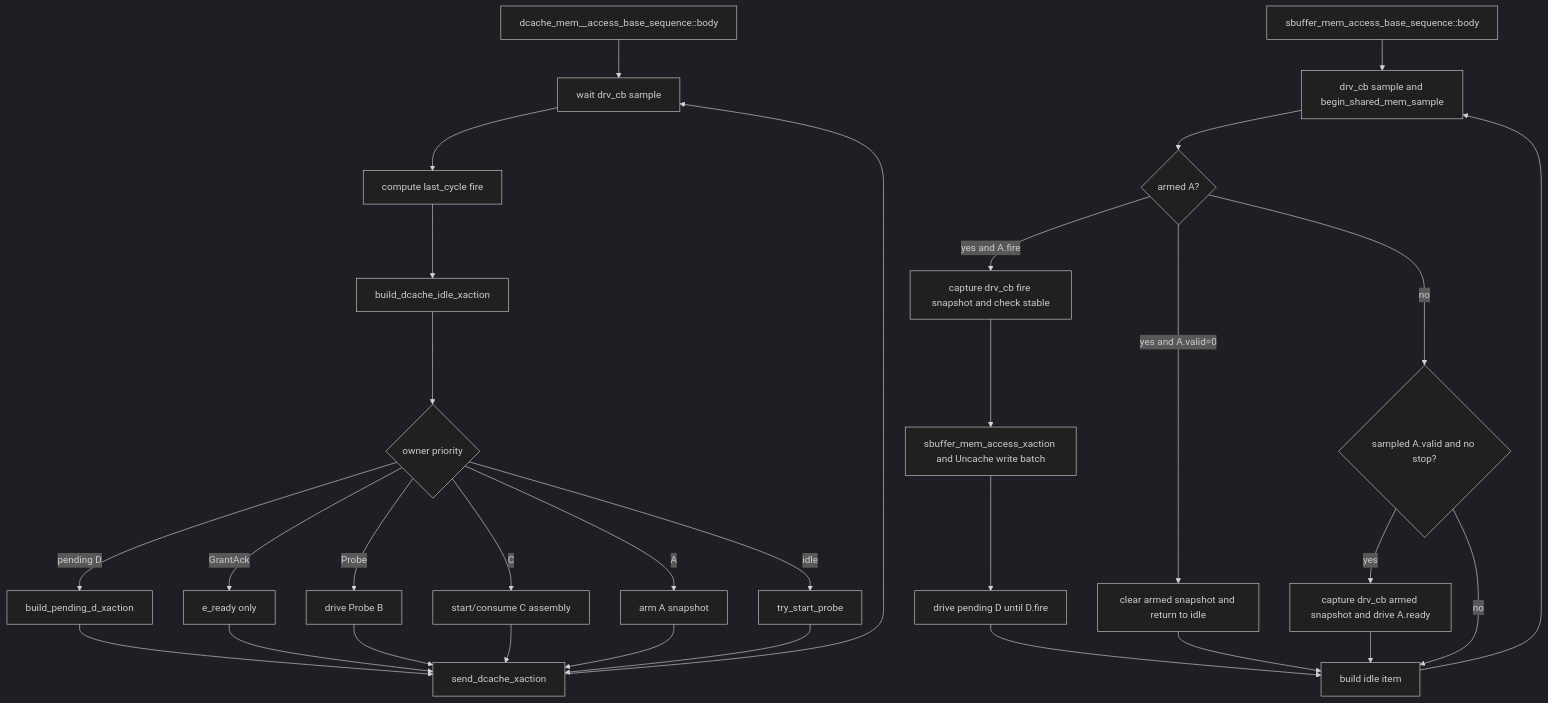
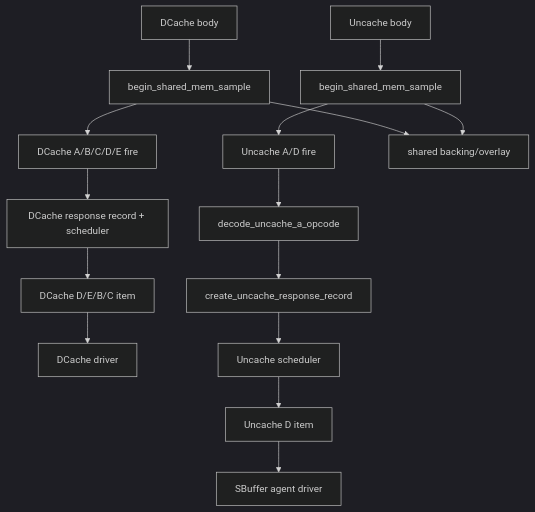
The diagram in AI_DOC/mem_ut_flow_doc/dcache_sbuffer_memory_responder_flow.md (OpenXiangShan/XiangShan), drawn with Mermaid (dark theme) before and after one commit. The commit also changed other lines of this file and 19 other files, not shown here.

Commit message:
mem_ut: implement dcache uncache response delay control

````diff
--- a/AI_DOC/mem_ut_flow_doc/dcache_sbuffer_memory_responder_flow.md
+++ b/AI_DOC/mem_ut_flow_doc/dcache_sbuffer_memory_responder_flow.md
@@ -31,34 +24,19 @@
 ```mermaid
 flowchart TD
-    A[dcache_mem__access_base_sequence::body] --> B[wait drv_cb sample]
-    B --> C[compute last_cycle fire]
-    C --> D[build_dcache_idle_xaction]
-    D --> E{owner priority}
-    E -->|pending D| F[build_pending_d_xaction]
-    E -->|GrantAck| G[e_ready only]
-    E -->|Probe| H[drive Probe B]
-    E -->|C| I[start/consume C assembly]
-    E -->|A| J[arm A snapshot]
-    E -->|idle| K[try_start_probe]
-    F --> L[send_dcache_xaction]
-    G --> L
-    H --> L
-    I --> L
-    J --> L
-    K --> L
-    L --> B
+    A[DCache body] --> B[begin_shared_mem_sample]
+    B --> C[DCache A/B/C/D/E fire]
+    C --> D[DCache response record + scheduler]
+    D --> E[DCache D/E/B/C item]
+    E --> F[DCache driver]
 
-    M[sbuffer_mem_access_base_sequence::body] --> N[drv_cb sample and begin_shared_mem_sample]
-    N --> O{armed A?}
-    O -->|yes and A.fire| P[capture drv_cb fire snapshot and check stable]
-    P --> Q[sbuffer_mem_access_xaction and Uncache write batch]
-    Q --> R[drive pending D until D.fire]
-    R --> S[build idle item]
-    O -->|yes and A.valid=0| V[clear armed snapshot and return to idle]
-    V --> S
-    O -->|no| T{sampled A.valid and no stop?}
-    T -->|yes| U[capture drv_cb armed snapshot and drive A.ready]
-    U --> S
-    T -->|no| S
-    S --> N
+    G[Uncache body] --> H[begin_shared_mem_sample]
+    H --> I[Uncache A/D fire]
+    I --> J[decode_uncache_a_opcode]
+    J --> K[create_uncache_response_record]
+    K --> L[Uncache scheduler]
+    L --> M[Uncache D item]
+    M --> N[SBuffer agent driver]
+
+    B --> O[shared backing/overlay]
+    H --> O
 ```
````
